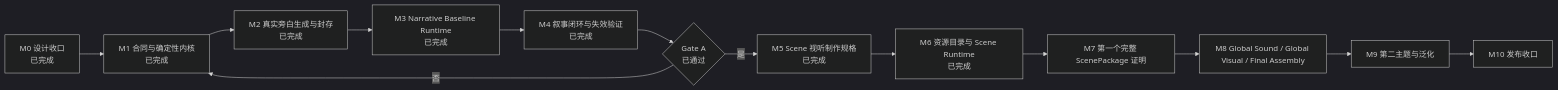
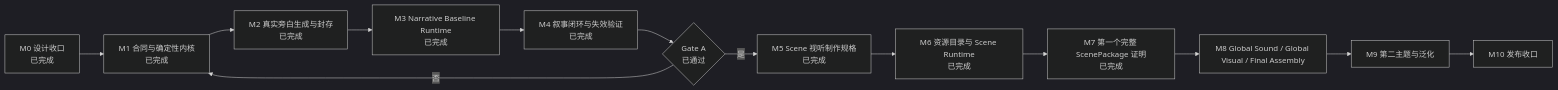
One commit to AXMORF/axmorf-studio changed the diagram in docs/ROADMAP.md. Above: the diagram before and after it, drawn with Mermaid (dark theme). The commit also changed other lines of this file and 14 other files, not shown here.

````diff
--- a/docs/ROADMAP.md
+++ b/docs/ROADMAP.md
@@ -47,15 +46,15 @@
 ```mermaid
 flowchart LR
     M0["M0 设计收口<br/>已完成"] --> M1["M1 合同与确定性内核<br/>已完成"]
     M1 --> M2["M2 真实旁白生成与封存<br/>已完成"]
     M2 --> M3["M3 Narrative Baseline Runtime<br/>已完成"]
     M3 --> M4["M4 叙事闭环与失效验证<br/>已完成"]
     M4 --> G1{"Gate A<br/>已通过"}
     G1 -->|"是"| M5["M5 Scene 视听制作规格<br/>已完成"]
     G1 -->|"否"| M1
     M5 --> M6["M6 资源目录与 Scene Runtime<br/>已完成"]
-    M6 --> M7["M7 第一个完整 ScenePackage 证明"]
+    M6 --> M7["M7 第一个完整 ScenePackage 证明<br/>已完成"]
     M7 --> M8["M8 Global Sound / Global Visual / Final Assembly"]
     M8 --> M9["M9 第二主题与泛化"]
     M9 --> M10["M10 发布收口"]
 ```
````
